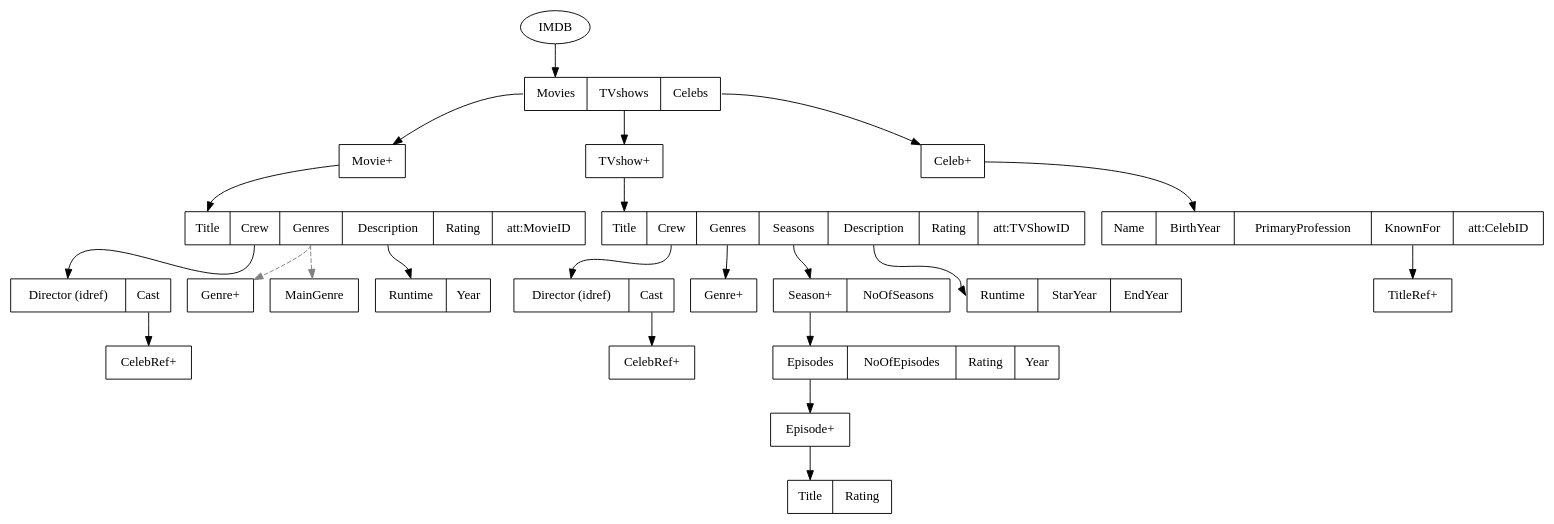
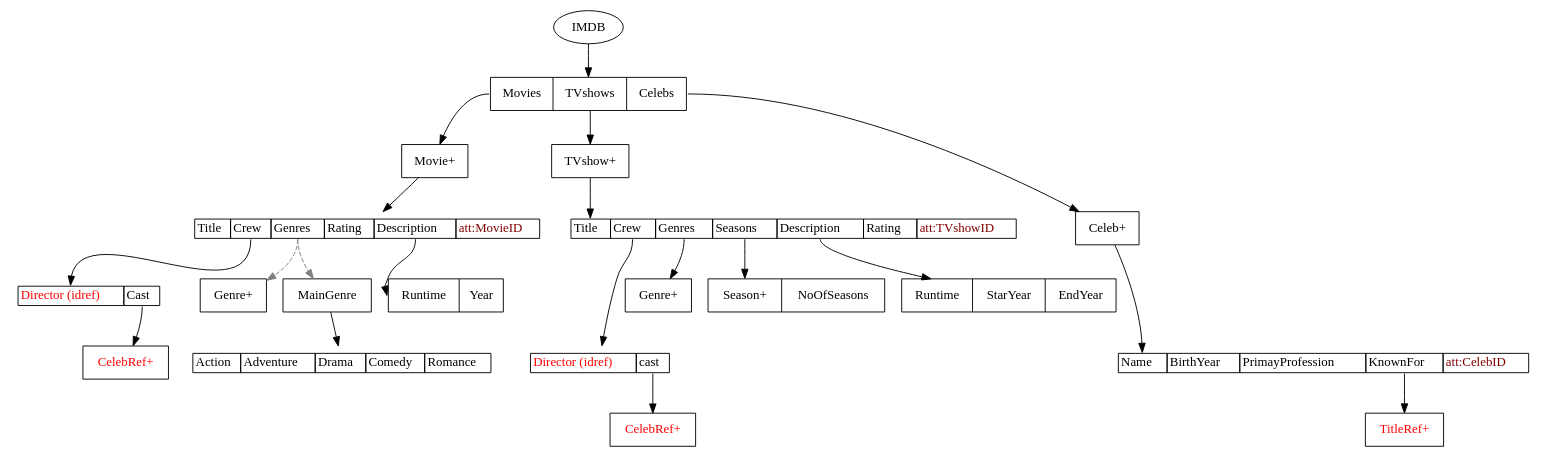
Before and after one commit to akhiln28/ontology_assignment1: the diagram in imdb.dot, drawn with Graphviz. The commit also changed 2 other files, not shown here.

```diff
--- a/imdb.dot
+++ b/imdb.dot
@@ -1,71 +1,119 @@
 digraph g{
     IMDB[label="IMDB"]
     IMDB_table[label = "<f0>Movies|<f1>TVshows| <f2> Celebs" shape = "record"]
-    IMDB->IMDB_table:f0
+    IMDB->IMDB_table
 
     Movies_table[label = "Movie+" shape = "record"]
     IMDB_table:f0->Movies_table
 
-    Movie_table[label = "<f0> Title| <f1>Crew| <f2> Genres| <f3> Description| <f4> Rating| <f5> att:MovieID" shape = "record"]
+    Movie_table[label = <<table border="0" cellspacing="0">
+                    <tr>
+                    <td port="port1" border="1">Title</td>
+                    <td port="port2" border="1">Crew</td>
+                    <td port="port3" border="1">Genres</td>
+                    <td port="port4" border="1">Rating</td>
+                    <td port="port5" border="1">Description</td>
+                    <td port="port6" border="1" ><font color = "Maroon">att:MovieID</font></td>
+                    </tr>
+                </table>> shape = "none"]
     Movies_table->Movie_table:f0
 
-    Crew_table[label="<f0> Director (idref)| <f1> Cast" shape = "record"]
-    Movie_table:f1->Crew_table:f0
+    Crew_table[label=<<table border="0" cellspacing="0">
+                    <tr>
+                    <td port="port1" border="1"><font color = "red">Director (idref)</font></td>
+                    <td port="port2" border="1">Cast</td>
+                    </tr>
+                </table>> shape = "none"]
+    Movie_table:port2->Crew_table:port1
 
-    Cast_table[label="CelebRef+" shape = "record"]
-    Crew_table:f1->Cast_table
+    Cast_table[label="CelebRef+" shape = "record" fontcolor = "red"]
+    Crew_table:port2->Cast_table
 
     Genres_table[label = "Genre+" shape = "record"]
-    Movie_table:f2->Genres_table[style = dashed color = "grey"]
+    Movie_table:port3->Genres_table[style = dashed color = "grey"]
 
     MainGenre[label = "MainGenre" shape = "record"]
-    Movie_table:f2->MainGenre[style = dashed color = "grey"]
+    Movie_table:port3->MainGenre[style = dashed color = "grey"]
 
     Description_table[label = "<f0> Runtime| <f1> Year" shape = "record"]
-    Movie_table:f3->Description_table:f0
+    Movie_table:port5->Description_table:f0
+
+    MainGenre_table[label = <<table border="0" cellspacing="0">
+                    <tr>
+                    <td port="port1" border="1">Action</td>
+                    <td port="port2" border="1">Adventure</td>
+                    <td port="port3" border="1">Drama</td>
+                    <td port="port4" border="1">Comedy</td>
+                    <td port="port5" border="1">Romance</td>
+                    </tr> 
+                    </table>> shape = "none"]
+    MainGenre->MainGenre_table
 
     // Sequels_table[label="Sequel+" shape = "record"]
     // Movie_table:f5->Sequels_table
 
     // Prequels_table[label = "Prequel+" shape = "record"]
     // Movie_table:f6->Prequels_table
 
     TVshows_table[label = "TVshow+" shape = "record"]
+
     IMDB_table:f1->TVshows_table
 
-    TVshow_table[label = "<f0> Title| <f1> Crew| <f2> Genres| <f3> Seasons| <f4> Description| <f5> Rating| <f6> att:TVShowID" shape = "record"]
-    TVshows_table->TVshow_table:f0
+    TVshow_table[label = <<table border="0" cellspacing="0">
+                    <tr>
+                    <td port="port1" border="1">Title </td>
+                    <td port="port2" border="1">Crew </td>
+                    <td port="port3" border="1">Genres </td>
+                    <td port="port4" border="1">Seasons </td>
+                    <td port="port5" border="1">Description </td>
+                    <td port="port5" border="1">Rating </td>
+                    <td port="port6" border="1" ><font color = "Maroon">att:TVshowID </font></td>
+                    </tr>
+                </table>> shape = "none"]
+    TVshows_table->TVshow_table:port1
 
-    Crew_table2[label = "<f0> Director (idref)| <f1> Cast" shape = "record"]
-    TVshow_table:f1->Crew_table2:f0
+    Crew_table2[label = <<table border="0" cellspacing="0">
+                    <tr>
+                    <td port="port1" border="1"><font color = "red">Director (idref)</font></td>
+                    <td port="port2" border="1" >cast</td>
+                    </tr>
+                </table>> shape = "none"]
+    TVshow_table:port2->Crew_table2:f0
 
-    Cast_table2[label="CelebRef+" shape = "record"]
-    Crew_table2:f1->Cast_table2
+    Cast_table2[label="CelebRef+" shape = "record" fontcolor = "red"]
+    Crew_table2:port2->Cast_table2
 
     Genres_table2[label = "Genre+" shape = "record"]
-    TVshow_table:f2->Genres_table2
+    TVshow_table:port3->Genres_table2
 
     Seasons_table[label = "<f0> Season+| <f1> NoOfSeasons" shape = "record"]    
-    TVshow_table:f3->Seasons_table:f0
-
-    Season_table[label = "<f0> Episodes| <f1> NoOfEpisodes| <f2> Rating| <f3> Year" shape = "record"]
-    Seasons_table:f0->Season_table:f0
-
-    Episodes_table[label = "Episode+" shape = "record"]
-    Season_table:f0->Episodes_table
-    
-    Episode_table[label = "<f0> Title| <f1> Rating" shape = "record"]
-    Episodes_table->Episode_table:f0
+    TVshow_table:port4->Seasons_table:f0
 
     Description_table2[label = "<f0> Runtime| <f1> StarYear| <f2> EndYear" shape = "record"]
-    TVshow_table:f4->Description_table2:f0
+    TVshow_table:port5->Description_table2
 
     Actors_table[label = "Celeb+" shape = "record"]
     IMDB_table:f2->Actors_table
 
-    Actor_table[label="<f0> Name| <f1> BirthYear| <f2> PrimaryProfession| <f3> KnownFor| att:CelebID" shape = "record"]
-    Actors_table->Actor_table:f1
+    {
+        rank = same;Crew_table2;MainGenre_table;
+    }
 
-    KnownFor_table[label = "<f0> TitleRef+" shape = "record"]
-    Actor_table:f3->KnownFor_table:f0
+    Actor_table[label=<<table border="0" cellspacing="0">
+                    <tr>
+                    <td port="port1" border="1">Name </td>
+                    <td port="port2" border="1">BirthYear </td>
+                    <td port="port3" border="1">PrimayProfession </td>
+                    <td port="port4" border="1">KnownFor </td>
+                    <td port="port5" border="1" ><font color = "Maroon">att:CelebID </font></td>
+                    </tr>
+                </table>> shape = "none"]
+    Actors_table->Actor_table:port1
+
+    KnownFor_table[label = "<f0> TitleRef+" shape = "record" fontcolor = "red"]
+    Actor_table:port4->KnownFor_table:f0
+
+    {
+        rank = same;Actor_table;Crew_table2;
+    }
 }
```
